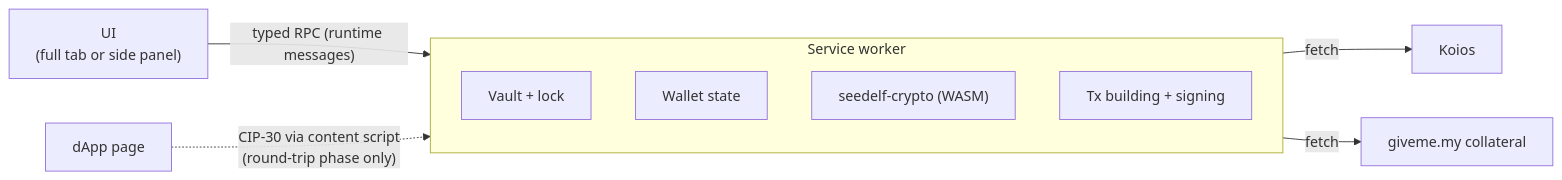
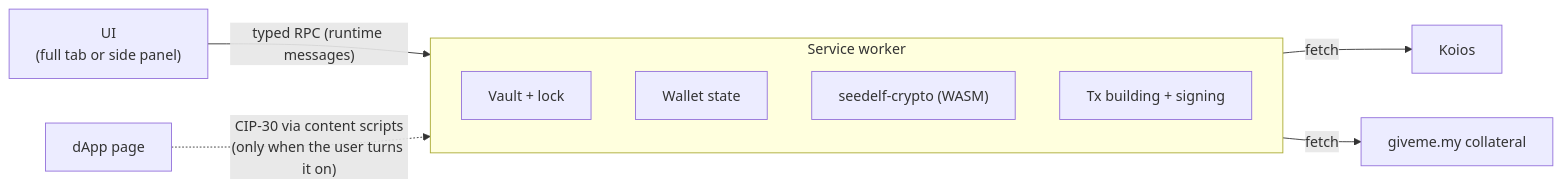
Before and after one commit to logical-mechanism/Seedelf-Wallet: the first of 2 diagrams in seedelf-platform/seedelf-web-wallet/docs/architecture.md, drawn with Mermaid. The commit also changed other lines of this file and 45 other files, not shown here.

First line of the commit message:
The public dApp connector: CIP-30 for the public account, off until the user turns it on in Settings, with a window to connect, sign transactions and sign messages (roadmap chunk 15)

````diff
--- a/seedelf-platform/seedelf-web-wallet/docs/architecture.md
+++ b/seedelf-platform/seedelf-web-wallet/docs/architecture.md
@@ -7,13 +7,13 @@
 ```mermaid
 flowchart LR
   UI["UI<br/>(full tab or side panel)"] -- "typed RPC (runtime messages)" --> SW
   subgraph SW["Service worker"]
     Vault["Vault + lock"]
     Wallet["Wallet state"]
     Crypto["seedelf-crypto (WASM)"]
     Tx["Tx building + signing"]
   end
   SW -- "fetch" --> Koios["Koios"]
   SW -- "fetch" --> Collat["giveme.my collateral"]
-  Page["dApp page"] -. "CIP-30 via content script<br/>(round-trip phase only)" .-> SW
+  Page["dApp page"] -. "CIP-30 via content scripts<br/>(only when the user turns it on)" .-> SW
 ```
````
